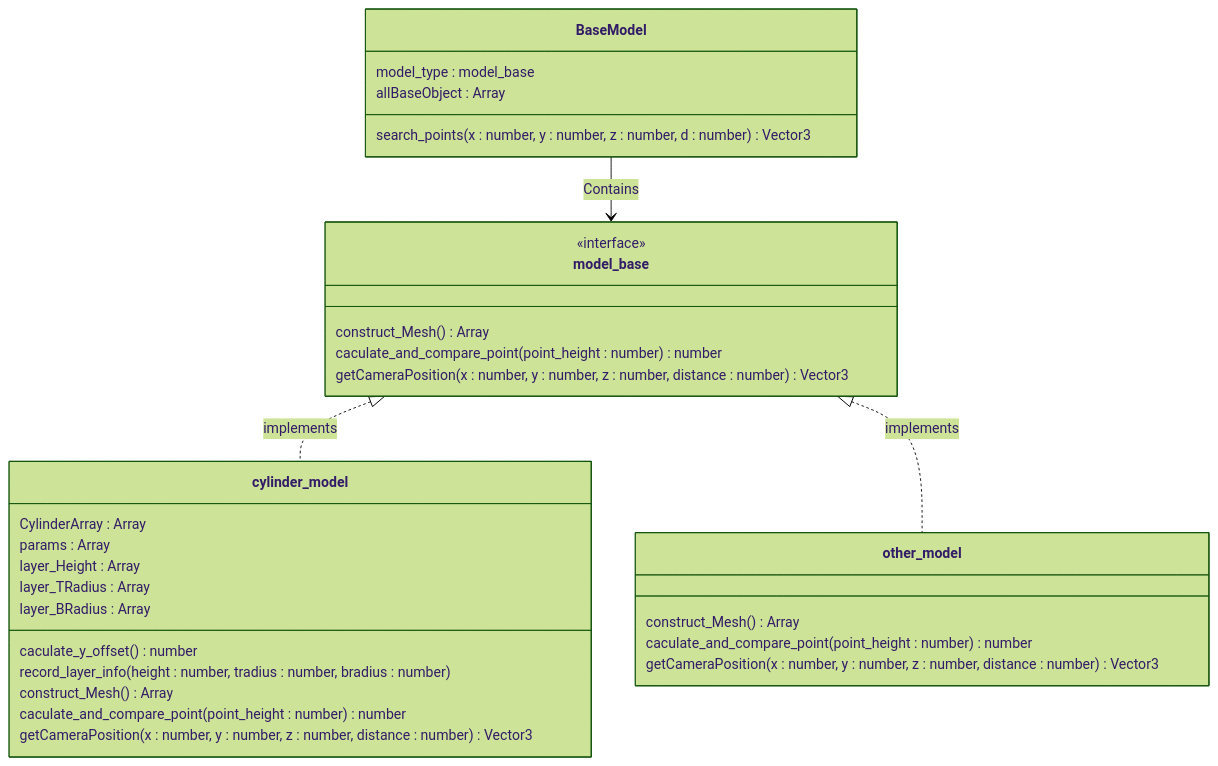
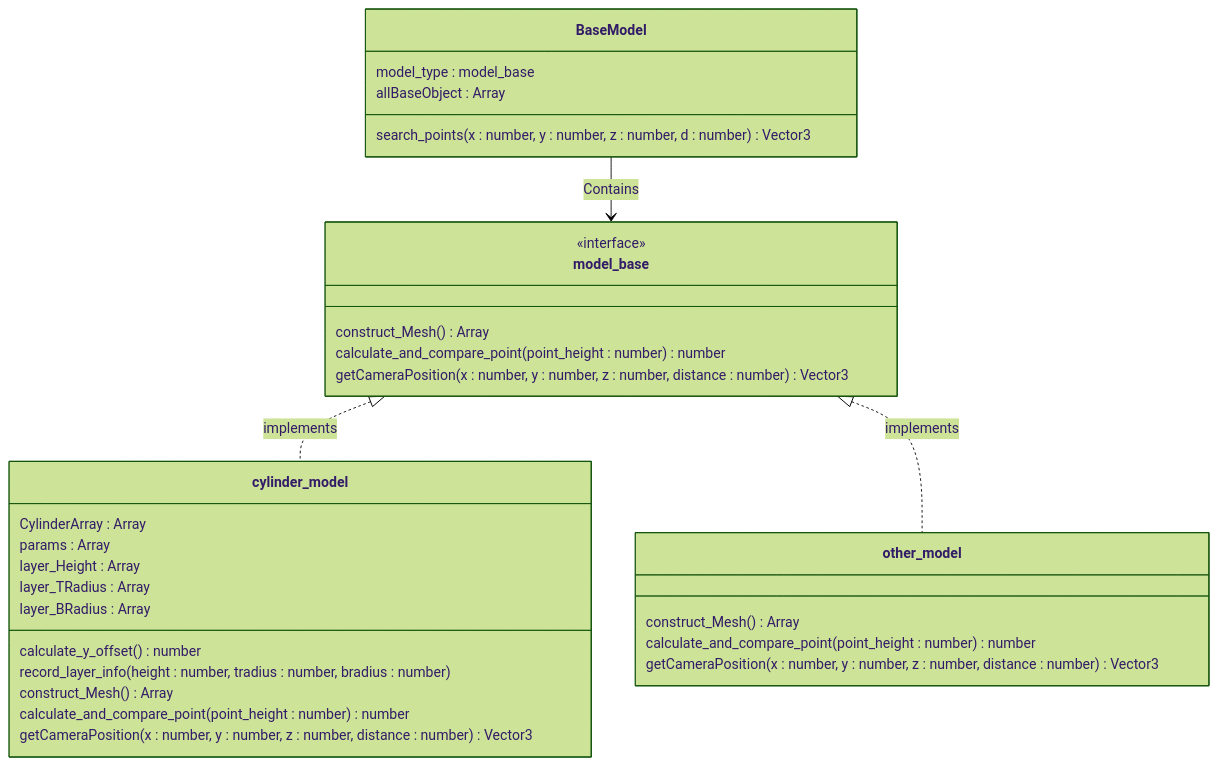
Before and after one commit to Lizhou31/TimeMemo: the diagram in content/posts/vue_threejs_journey/index.md, drawn with Mermaid (forest theme). The commit also changed other lines of this file and 2 other files, not shown here.

Commit message:
fix: fix the misspell 'caculate' to 'calculate'

```diff
--- a/content/posts/vue_threejs_journey/index.md
+++ b/content/posts/vue_threejs_journey/index.md
@@ -86,34 +86,34 @@
 {{< mermaid >}}
 classDiagram
   class BaseModel{
     model_type : model_base
     allBaseObject : Array
     search_points(x : number, y : number, z : number, d : number) Vector3
   }
   class model_base{
     <<interface>>
     construct_Mesh() Array
-    caculate_and_compare_point(point_height : number) number
+    calculate_and_compare_point(point_height : number) number
     getCameraPosition(x : number, y : number, z : number, distance : number) Vector3
   }
   class cylinder_model{
     CylinderArray : Array
     params : Array
     layer_Height : Array
     layer_TRadius : Array
     layer_BRadius : Array
-    caculate_y_offset() number
+    calculate_y_offset() number
     record_layer_info(height : number, tradius : number, bradius : number)
     construct_Mesh() Array
-    caculate_and_compare_point(point_height : number) number
+    calculate_and_compare_point(point_height : number) number
     getCameraPosition(x : number, y : number, z : number, distance : number) Vector3
   }
   class other_model{
     construct_Mesh() Array
-    caculate_and_compare_point(point_height : number) number
+    calculate_and_compare_point(point_height : number) number
     getCameraPosition(x : number, y : number, z : number, distance : number) Vector3
   }
   BaseModel  -->  model_base : Contains
   model_base <|.. cylinder_model : implements
   model_base <|.. other_model : implements
 {{< /mermaid >}}
```
